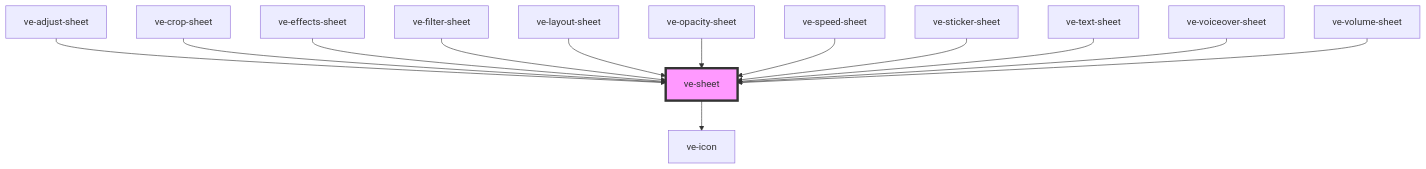
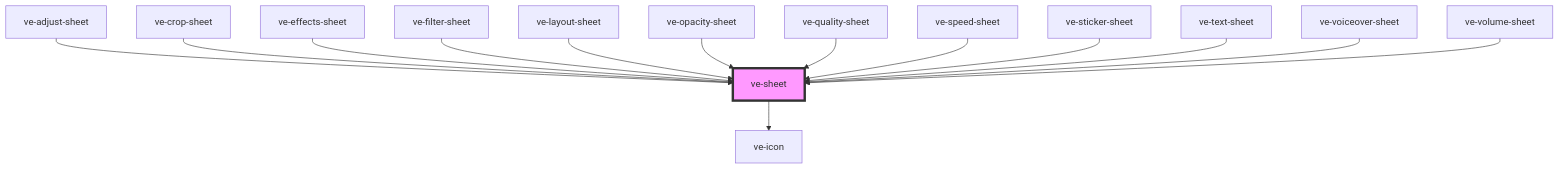
Before and after one commit to dotnetdreamer/capacitor-video-kit: the diagram in src/components/ve-sheet/readme.md, drawn with Mermaid. The commit also changed other lines of this file and 35 other files, not shown here.

````diff
--- a/src/components/ve-sheet/readme.md
+++ b/src/components/ve-sheet/readme.md
@@ -132,16 +133,17 @@
 ```mermaid
 graph TD;
   ve-sheet --> ve-icon
   ve-adjust-sheet --> ve-sheet
   ve-crop-sheet --> ve-sheet
   ve-effects-sheet --> ve-sheet
   ve-filter-sheet --> ve-sheet
   ve-layout-sheet --> ve-sheet
   ve-opacity-sheet --> ve-sheet
+  ve-quality-sheet --> ve-sheet
   ve-speed-sheet --> ve-sheet
   ve-sticker-sheet --> ve-sheet
   ve-text-sheet --> ve-sheet
   ve-voiceover-sheet --> ve-sheet
   ve-volume-sheet --> ve-sheet
   style ve-sheet fill:#f9f,stroke:#333,stroke-width:4px
 ```
````
